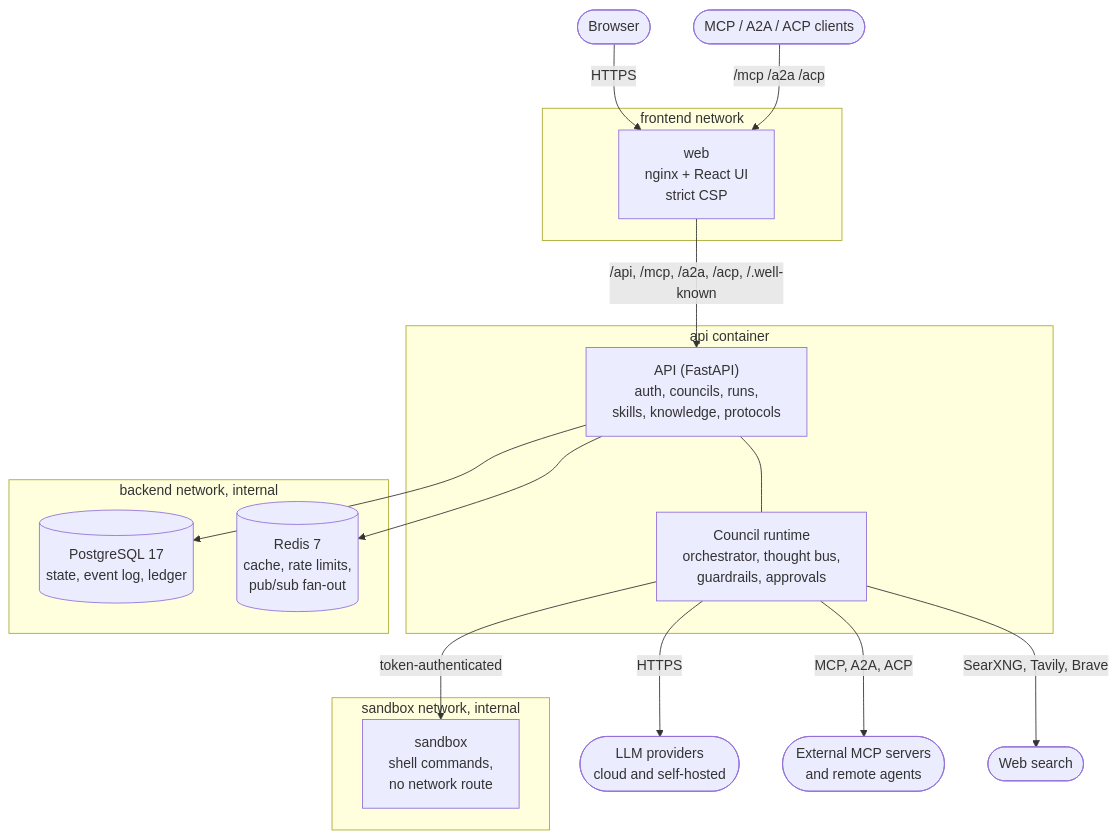
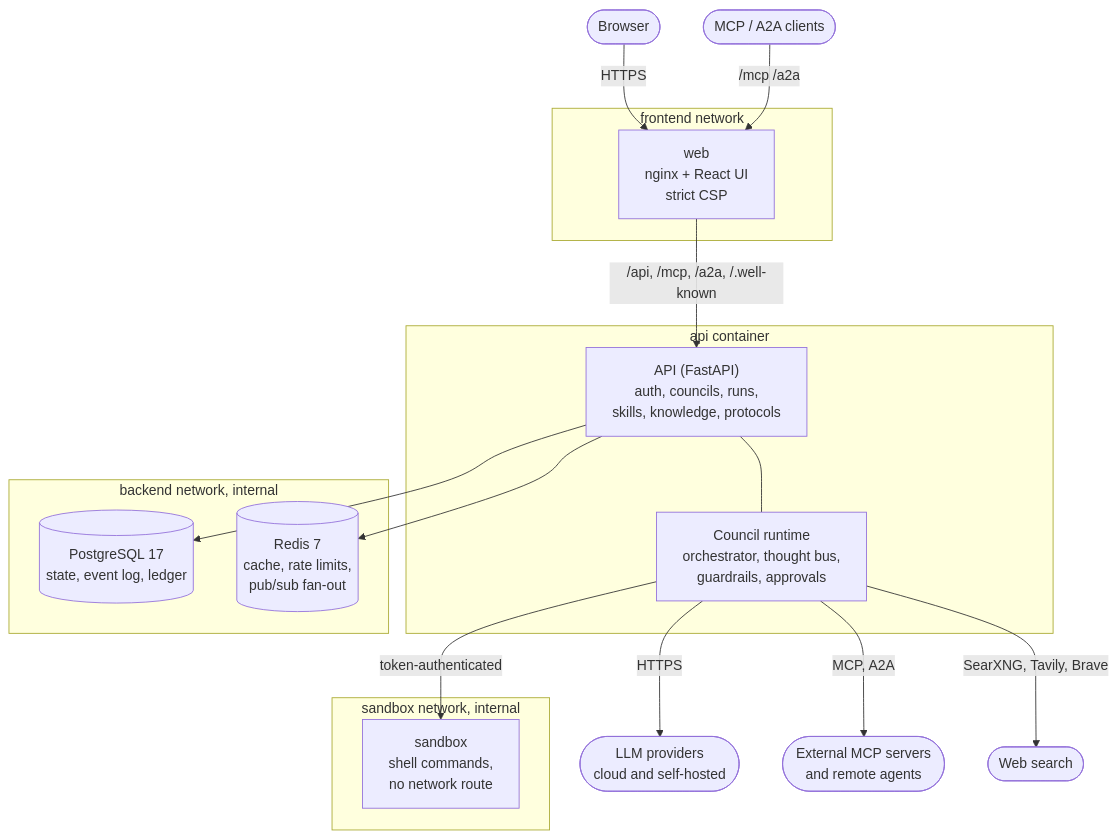
One commit to lordprime/Argus-Council changed the first of 8 diagrams in docs/architecture.md. Above: the diagram before and after it, drawn with Mermaid. The commit also changed other lines of this file and 14 other files, not shown here.

Commit message:
Docs: ACP removed; connect remote agents over A2A

````diff
--- a/docs/architecture.md
+++ b/docs/architecture.md
@@ -10,33 +10,33 @@
 ```mermaid
 flowchart TB
     browser([Browser]) -->|HTTPS| web
-    client([MCP / A2A / ACP clients]) -->|/mcp /a2a /acp| web
+    client([MCP / A2A clients]) -->|/mcp /a2a| web
 
     subgraph frontend [frontend network]
         web["web<br/>nginx + React UI<br/>strict CSP"]
     end
 
-    web -->|"/api, /mcp, /a2a, /acp, /.well-known"| api
+    web -->|"/api, /mcp, /a2a, /.well-known"| api
 
     subgraph core [api container]
         api["API (FastAPI)<br/>auth, councils, runs,<br/>skills, knowledge, protocols"]
         runtime["Council runtime<br/>orchestrator, thought bus,<br/>guardrails, approvals"]
         api --- runtime
     end
 
     subgraph backend [backend network, internal]
         pg[(PostgreSQL 17<br/>state, event log, ledger)]
         redis[(Redis 7<br/>cache, rate limits,<br/>pub/sub fan-out)]
     end
 
     subgraph sandbox [sandbox network, internal]
         sb["sandbox<br/>shell commands,<br/>no network route"]
     end
 
     api --> pg
     api --> redis
     runtime -->|token-authenticated| sb
     runtime -->|HTTPS| llm([LLM providers<br/>cloud and self-hosted])
-    runtime -->|MCP, A2A, ACP| peers([External MCP servers<br/>and remote agents])
+    runtime -->|MCP, A2A| peers([External MCP servers<br/>and remote agents])
     runtime -->|SearXNG, Tavily, Brave| search([Web search])
 ```
````
